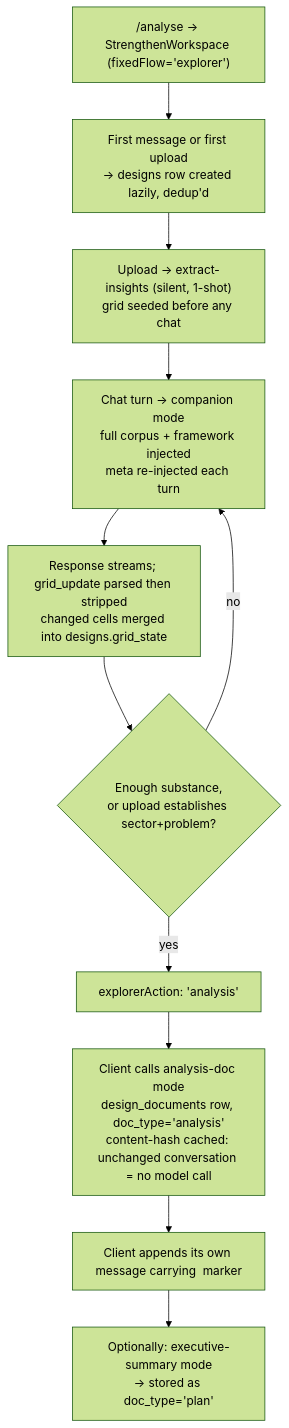
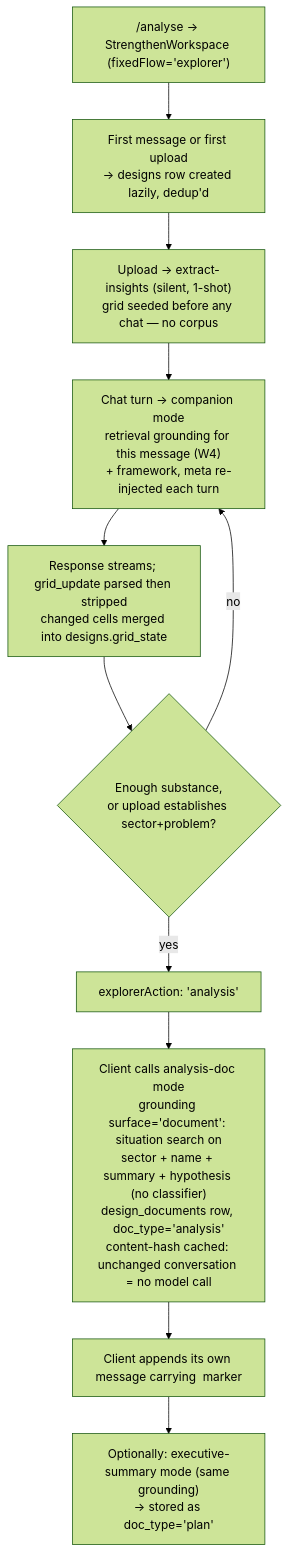
The third of 7 diagrams in docs/wiki/diffusion-cube/architecture/sequence-diagrams.md (SwanandAI/diffusion-cube), drawn with Mermaid (forest theme) before and after one commit. The commit also changed other lines of this file and 64 other files, not shown here.

````diff
--- a/docs/wiki/diffusion-cube/architecture/sequence-diagrams.md
+++ b/docs/wiki/diffusion-cube/architecture/sequence-diagrams.md
@@ -81,13 +98,13 @@
 ```mermaid
 flowchart TB
     A1["/analyse → StrengthenWorkspace (fixedFlow='explorer')"] --> A2["First message or first upload<br/>→ designs row created lazily, dedup'd"]
-    A2 --> A3["Upload → extract-insights (silent, 1-shot)<br/>grid seeded before any chat"]
-    A3 --> A4["Chat turn → companion mode<br/>full corpus + framework injected<br/>meta re-injected each turn"]
+    A2 --> A3["Upload → extract-insights (silent, 1-shot)<br/>grid seeded before any chat — no corpus"]
+    A3 --> A4["Chat turn → companion mode<br/>retrieval grounding for this message (W4)<br/>+ framework, meta re-injected each turn"]
     A4 --> A5["Response streams; grid_update parsed then stripped<br/>changed cells merged into designs.grid_state"]
     A5 --> A6{"Enough substance,<br/>or upload establishes sector+problem?"}
     A6 -- yes --> A7["explorerAction: 'analysis'"]
-    A7 --> A8["Client calls analysis-doc mode<br/>design_documents row, doc_type='analysis'<br/>content-hash cached: unchanged conversation = no model call"]
+    A7 --> A8["Client calls analysis-doc mode<br/>grounding surface='document': situation search on<br/>sector + name + summary + hypothesis (no classifier)<br/>design_documents row, doc_type='analysis'<br/>content-hash cached: unchanged conversation = no model call"]
     A8 --> A9["Client appends its own message carrying <analysis_doc/> marker"]
-    A9 --> A10["Optionally: executive-summary mode<br/>→ stored as doc_type='plan'"]
+    A9 --> A10["Optionally: executive-summary mode (same grounding)<br/>→ stored as doc_type='plan'"]
     A6 -- no --> A4
 ```
````
